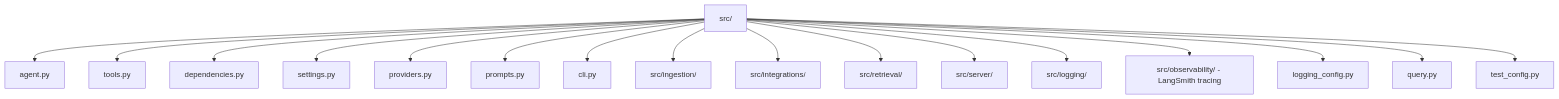
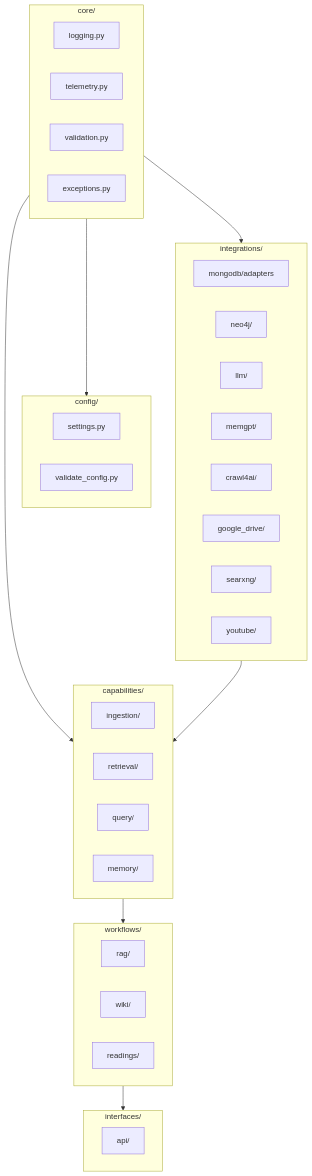
The diagram in src/AGENTS.md (jaewilson07/rag_mongodb), drawn with Mermaid before and after one commit. The commit also changed other lines of this file and 129 other files, not shown here.

````diff
--- a/src/AGENTS.md
+++ b/src/AGENTS.md
@@ -24,20 +17,49 @@
 ```mermaid
 flowchart TB
-  src_root[src/]
-  src_root --> agent_py[agent.py]
-  src_root --> tools_py[tools.py]
-  src_root --> dependencies_py[dependencies.py]
-  src_root --> settings_py[settings.py]
-  src_root --> providers_py[providers.py]
-  src_root --> prompts_py[prompts.py]
-  src_root --> cli_py[cli.py]
-  src_root --> ingestion[src/ingestion/]
-  src_root --> integrations[src/integrations/]
-  src_root --> retrieval[src/retrieval/]
-  src_root --> server[src/server/]
-  src_root --> logging[src/logging/]
-  src_root --> observability[src/observability/ - LangSmith tracing]
-  src_root --> logging_config[logging_config.py]
-  src_root --> query_py[query.py]
-  src_root --> test_config_py[test_config.py]
+    subgraph core [core/]
+        logging[logging.py]
+        telemetry[telemetry.py]
+        validation[validation.py]
+        exceptions[exceptions.py]
+    end
+
+    subgraph config [config/]
+        settings[settings.py]
+        validate_config[validate_config.py]
+    end
+
+    subgraph integrations [integrations/]
+        mongodb[mongodb/adapters]
+        neo4j[neo4j/]
+        llm[llm/]
+        memgpt[memgpt/]
+        crawl4ai[crawl4ai/]
+        google_drive[google_drive/]
+        searxng[searxng/]
+        youtube[youtube/]
+    end
+
+    subgraph capabilities [capabilities/]
+        ingestion[ingestion/]
+        retrieval[retrieval/]
+        query[query/]
+        memory[memory/]
+    end
+
+    subgraph workflows [workflows/]
+        rag[rag/]
+        wiki[wiki/]
+        readings[readings/]
+    end
+
+    subgraph interfaces [interfaces/]
+        api[api/]
+    end
+
+    core --> config
+    core --> integrations
+    core --> capabilities
+    integrations --> capabilities
+    capabilities --> workflows
+    workflows --> interfaces
 ```
````
